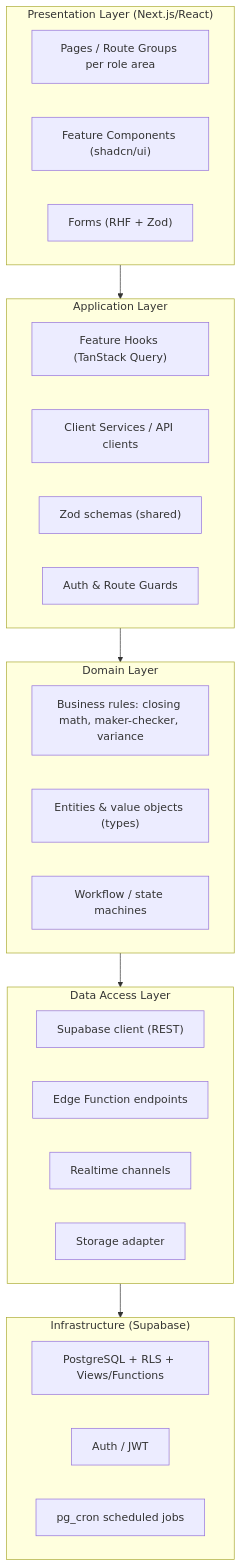
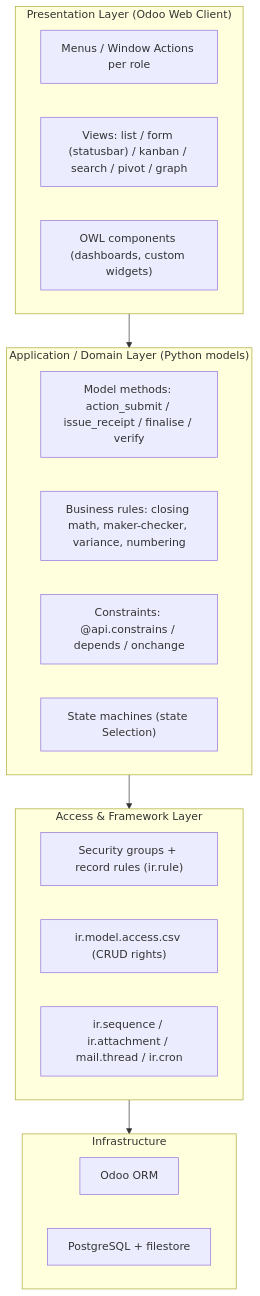
Before and after one commit to arunideen/branch-cash-management-system-odoo: the diagram in docs/diagrams/logical-architecture.md, drawn with Mermaid. The commit also changed 53 other files, not shown here.

````diff
--- a/docs/diagrams/logical-architecture.md
+++ b/docs/diagrams/logical-architecture.md
@@ -5,31 +5,24 @@
 ```mermaid
 graph TD
-    subgraph Presentation["Presentation Layer (Next.js/React)"]
-        P1["Pages / Route Groups per role area"]
-        P2["Feature Components (shadcn/ui)"]
-        P3["Forms (RHF + Zod)"]
+    subgraph Presentation["Presentation Layer (Odoo Web Client)"]
+        P1["Menus / Window Actions per role"]
+        P2["Views: list / form (statusbar) / kanban / search / pivot / graph"]
+        P3["OWL components (dashboards, custom widgets)"]
     end
-    subgraph Application["Application Layer"]
-        A1["Feature Hooks (TanStack Query)"]
-        A2["Client Services / API clients"]
-        A3["Zod schemas (shared)"]
-        A4["Auth & Route Guards"]
+    subgraph Application["Application / Domain Layer (Python models)"]
+        A1["Model methods: action_submit / issue_receipt / finalise / verify"]
+        A2["Business rules: closing math, maker-checker, variance, numbering"]
+        A3["Constraints: @api.constrains / depends / onchange"]
+        A4["State machines (state Selection)"]
     end
-    subgraph Domain["Domain Layer"]
-        D1["Business rules: closing math, maker-checker, variance"]
-        D2["Entities & value objects (types)"]
-        D3["Workflow / state machines"]
+    subgraph Access["Access & Framework Layer"]
+        AC1["Security groups + record rules (ir.rule)"]
+        AC2["ir.model.access.csv (CRUD rights)"]
+        AC3["ir.sequence / ir.attachment / mail.thread / ir.cron"]
     end
-    subgraph Data["Data Access Layer"]
-        DA1["Supabase client (REST)"]
-        DA2["Edge Function endpoints"]
-        DA3["Realtime channels"]
-        DA4["Storage adapter"]
+    subgraph Infra["Infrastructure"]
+        I1["Odoo ORM"]
+        I2["PostgreSQL + filestore"]
     end
-    subgraph Infra["Infrastructure (Supabase)"]
-        I1["PostgreSQL + RLS + Views/Functions"]
-        I2["Auth / JWT"]
-        I3["pg_cron scheduled jobs"]
-    end
-    Presentation --> Application --> Domain --> Data --> Infra
+    Presentation --> Application --> Access --> Infra
 ```
````
